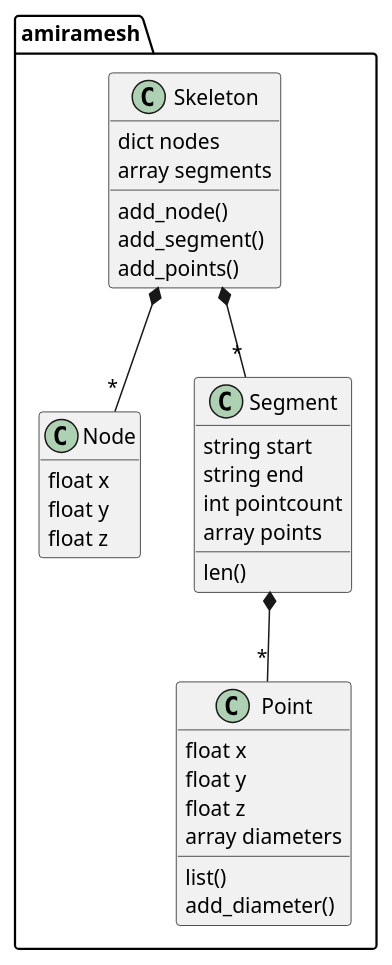
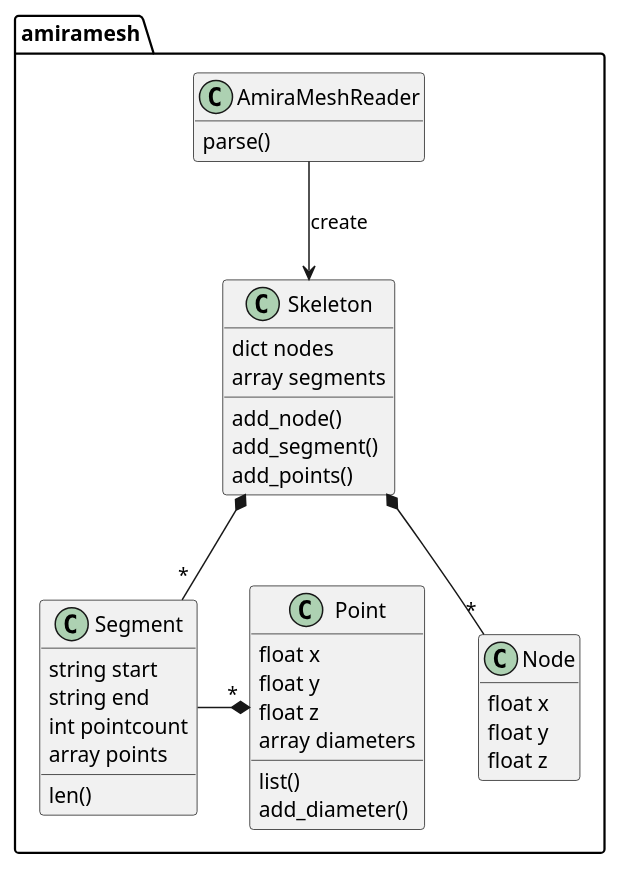
Before and after one commit to heikkil/amiramesh-reader: the diagram in README.org, drawn with PlantUML. The commit also changed 1 other file, not shown here.

Commit message:
Add AmiraMeshReader into graph

```diff
--- a/README.org
+++ b/README.org
@@ -15,43 +15,49 @@
   #+BEGIN_SRC plantuml :file docs/class.png :exports results
       hide empty members
 
     package amiramesh {
+
+
+      class AmiraMeshReader {
+        parse()
+      }
 
       class Skeleton {
         dict nodes
         array segments
         add_node()
         add_segment()
         add_points()
       }
 
       class Node {
         float x
         float y
         float z
       }
 
       class Segment {
         string start
         string end
         int pointcount
         array points
         len()
       }
 
       class Point {
         float x
         float y
         float z
         array diameters
         list()
         add_diameter()
       }
 
+      AmiraMeshReader --> Skeleton : create
       Skeleton *-- "*" Node
       Skeleton *-- "*" Segment
-      Segment  *-- "*" Point
+      Segment  -r--* "*" Point
 
     }
 
   #+END_SRC
```
